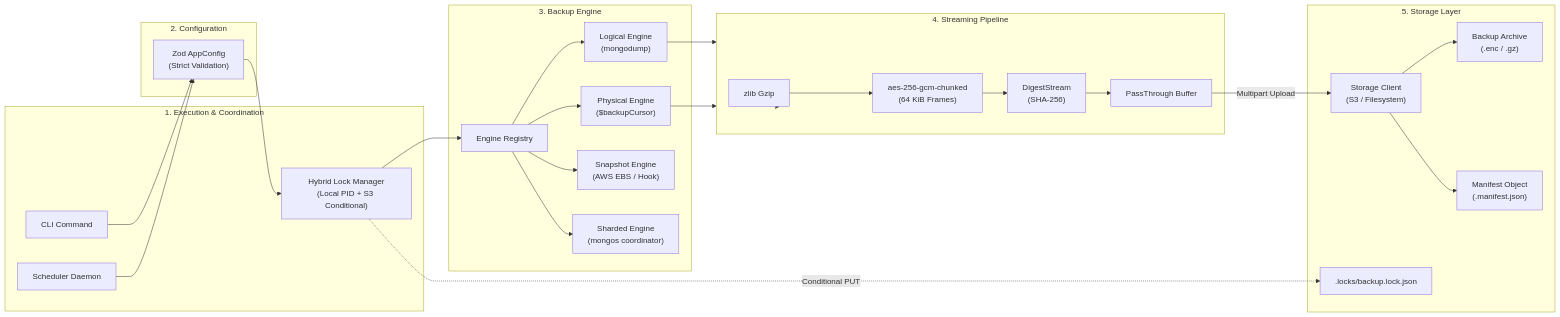
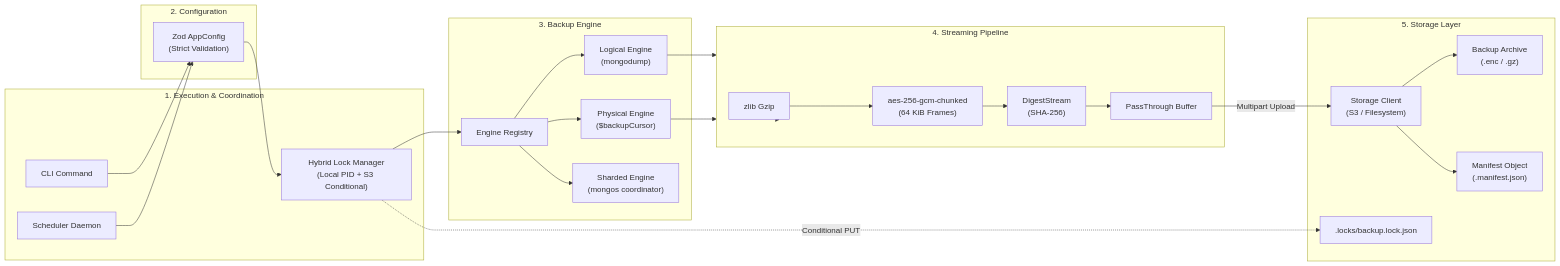
Before and after one commit to bhatbazik/MongoVault: the second of 11 diagrams in README.md, drawn with Mermaid. The commit also changed other lines of this file and 30 other files, not shown here.

Commit message:
refactor: remove snapshot backup engine and associated documentation

````diff
--- a/README.md
+++ b/README.md
@@ -353,53 +350,51 @@
 ```mermaid
 flowchart LR
     subgraph Execution["1. Execution & Coordination"]
         CLI["CLI Command"]
         Scheduler["Scheduler Daemon"]
         LockMgr["Hybrid Lock Manager\n(Local PID + S3 Conditional)"]
     end
 
     subgraph ConfigSubsystem["2. Configuration"]
         Config["Zod AppConfig\n(Strict Validation)"]
     end
 
     subgraph EngineSubsystem["3. Backup Engine"]
         EngineReg["Engine Registry"]
         LogicalEng["Logical Engine\n(mongodump)"]
         PhysicalEng["Physical Engine\n($backupCursor)"]
-        SnapshotEng["Snapshot Engine\n(AWS EBS / Hook)"]
         ShardedEng["Sharded Engine\n(mongos coordinator)"]
     end
 
     subgraph StreamSubsystem["4. Streaming Pipeline"]
         Gzip["zlib Gzip"]
         Crypto["aes-256-gcm-chunked\n(64 KiB Frames)"]
         Digest["DigestStream\n(SHA-256)"]
         PassThrough["PassThrough Buffer"]
     end
 
     subgraph StorageSubsystem["5. Storage Layer"]
         StorageMgr["Storage Client\n(S3 / Filesystem)"]
         ArchiveDest["Backup Archive\n(.enc / .gz)"]
         ManifestDest["Manifest Object\n(.manifest.json)"]
         LockObject[".locks/backup.lock.json"]
     end
 
     CLI --> Config
     Scheduler --> Config
     Config --> LockMgr
     LockMgr -.->|"Conditional PUT"| LockObject
     LockMgr --> EngineReg
 
     EngineReg --> LogicalEng
     EngineReg --> PhysicalEng
-    EngineReg --> SnapshotEng
     EngineReg --> ShardedEng
 
     LogicalEng --> StreamSubsystem
     PhysicalEng --> StreamSubsystem
 
     StreamSubsystem --> Gzip --> Crypto --> Digest --> PassThrough
     PassThrough -->|"Multipart Upload"| StorageMgr
     StorageMgr --> ArchiveDest
     StorageMgr --> ManifestDest
 ```
````
